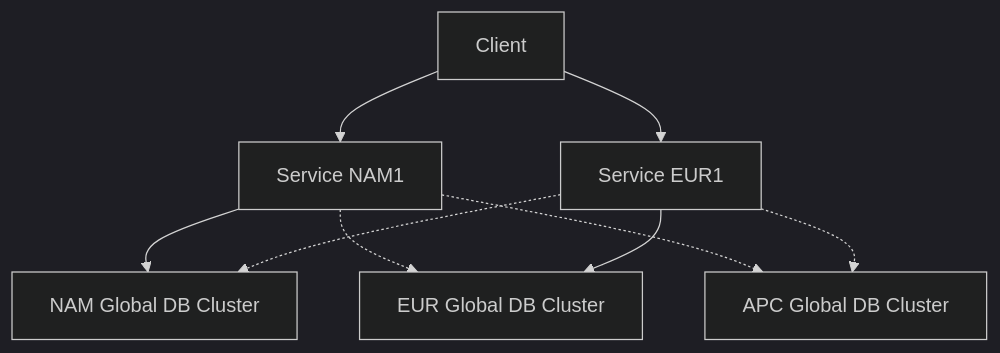
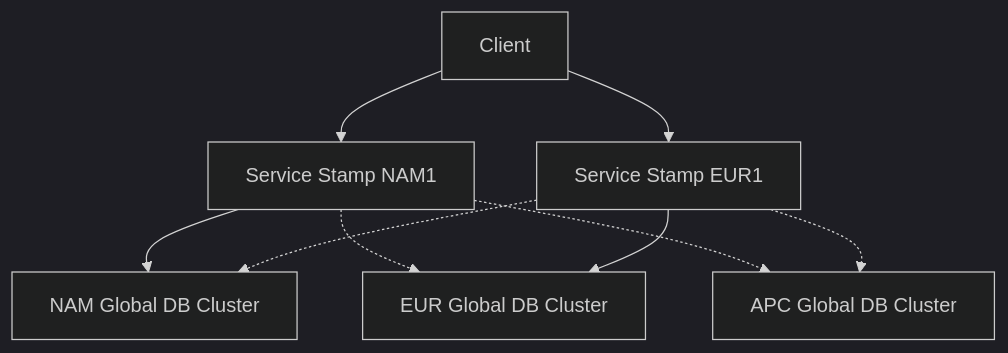
One commit to suds05/TFIdentityPoc changed the first of 3 diagrams in global_service_model.md. Above: the diagram before and after it, drawn with Mermaid (dark theme). The commit also changed other lines of this file, not shown here.

````diff
--- a/global_service_model.md
+++ b/global_service_model.md
@@ -103,17 +106,17 @@
 ```mermaid
 graph
   CL[Client]
   CL-->C1
   CL-->S
-  C1[Service NAM1]
+  C1[Service Stamp NAM1]
   U1[NAM Global DB Cluster]
   U2[EUR Global DB Cluster]
   U3[APC Global DB Cluster]
-  S[Service EUR1]
+  S[Service Stamp EUR1]
   C1-->U1
   C1-.->U2
   C1-.->U3
   S-.->U1
   S-->U2
   S-.->U3
 ```
````
